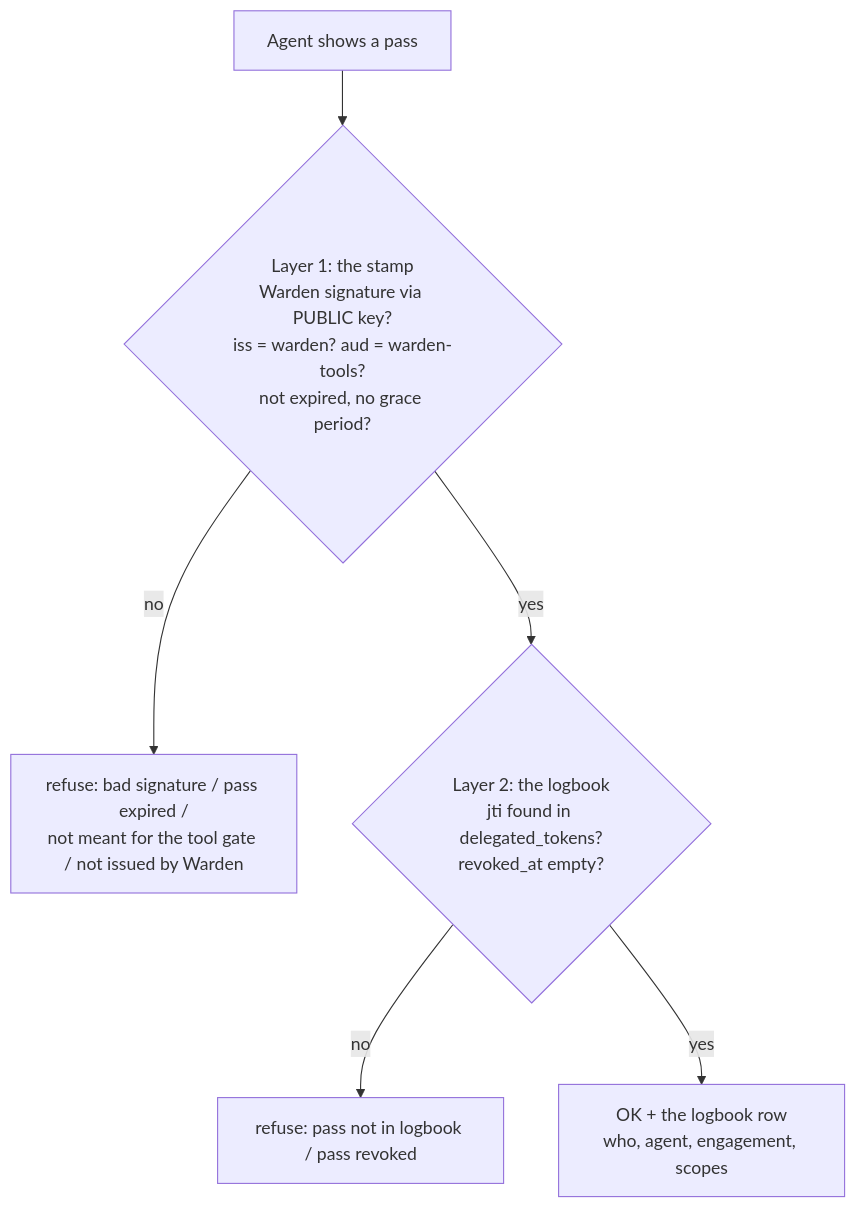
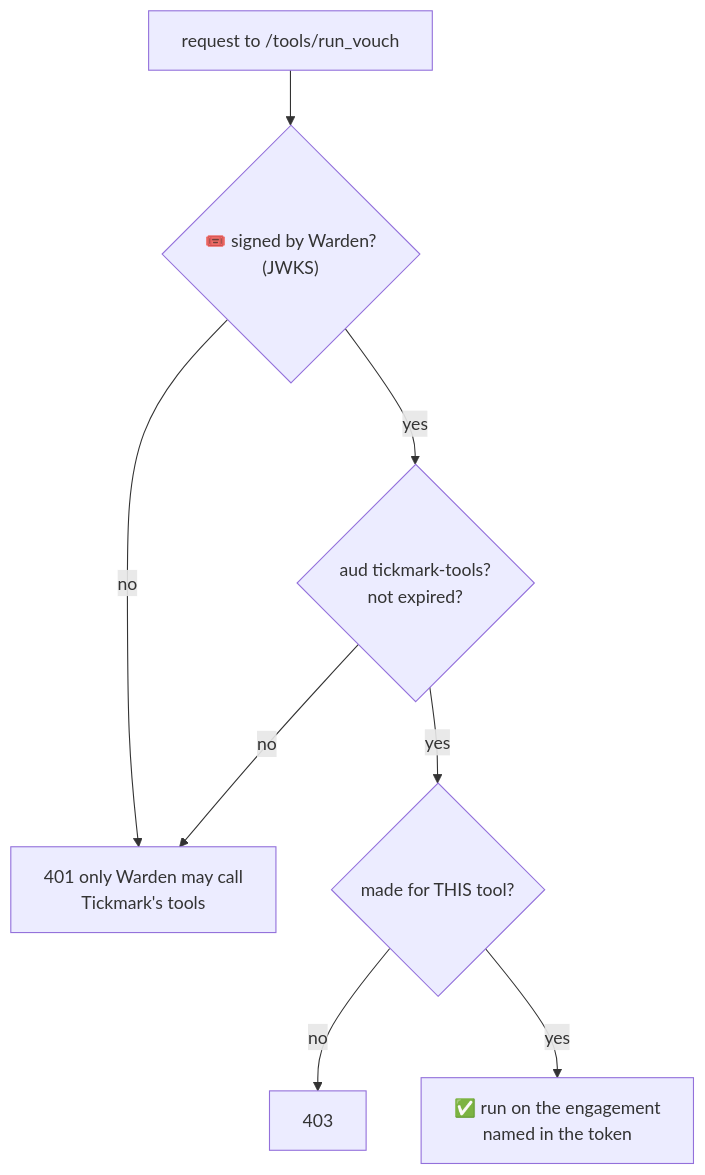
One commit to musishere/Warden-tickmark changed diagram 12 of 24 in warden/docs/how-it-works.md. Above: the diagram before and after it, drawn with Mermaid. The commit also changed other lines of this file and 16 other files, not shown here.

````diff
--- a/warden/docs/how-it-works.md
+++ b/warden/docs/how-it-works.md
@@ -394,8 +618,10 @@
 ```mermaid
 flowchart TD
-    P[Agent shows a pass] --> L1{Layer 1: the stamp<br/>Warden signature via PUBLIC key?<br/>iss = warden? aud = warden-tools?<br/>not expired, no grace period?}
-    L1 -->|no| R1[refuse: bad signature / pass expired /<br/>not meant for the tool gate / not issued by Warden]
-    L1 -->|yes| L2{Layer 2: the logbook<br/>jti found in delegated_tokens?<br/>revoked_at empty?}
-    L2 -->|no| R2[refuse: pass not in logbook / pass revoked]
-    L2 -->|yes| OK[OK + the logbook row<br/>who, agent, engagement, scopes]
+    R["request to /tools/run_vouch"] --> C1{"🎟️ signed by Warden?<br/>(JWKS)"}
+    C1 -->|no| N["401 only Warden may call<br/>Tickmark's tools"]
+    C1 -->|yes| C2{"aud tickmark-tools?<br/>not expired?"}
+    C2 -->|no| N
+    C2 -->|yes| C3{"made for THIS tool?"}
+    C3 -->|no| N2["403"]
+    C3 -->|yes| Go["✅ run on the engagement<br/>named in the token"]
 ```
````
